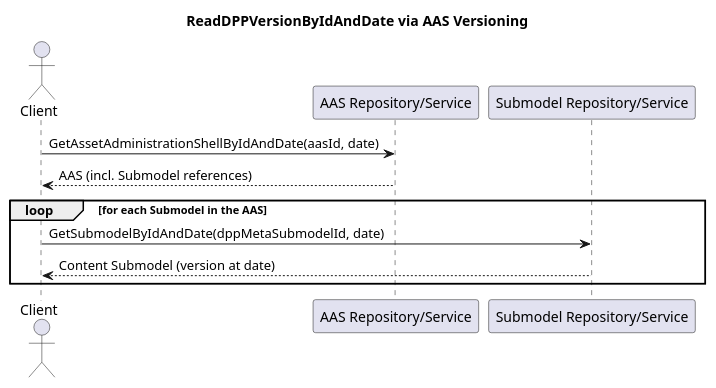
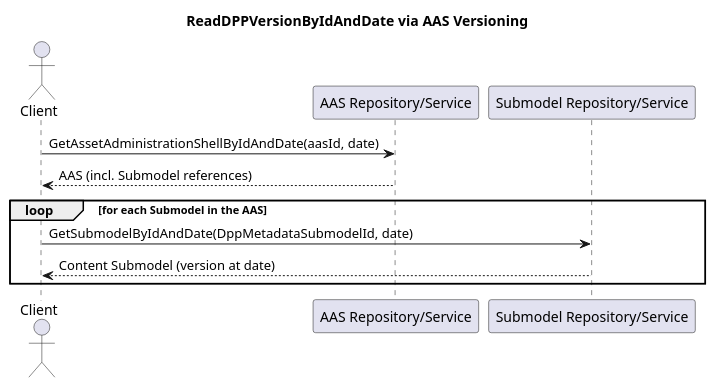
One commit to admin-shell-io/aas-specs-api changed the fourth of 4 diagrams in documentation/IDTA-01002-3/modules/ROOT/pages/annex/dpp.adoc. Above: the diagram before and after it, drawn with PlantUML. The commit also changed other lines of this file and 1 other file, not shown here.

Commit message:
Annex DPP: fix nav.adoc + update text

```diff
--- a/documentation/IDTA-01002-3/modules/ROOT/pages/annex/dpp.adoc
+++ b/documentation/IDTA-01002-3/modules/ROOT/pages/annex/dpp.adoc
@@ -359,16 +386,16 @@
 [plantuml, seq-dpp-versioning, svg]
 ....
 @startuml
 title ReadDPPVersionByIdAndDate via AAS Versioning
 
 actor Client as C
 participant "AAS Repository/Service" as AR
 participant "Submodel Repository/Service" as SR
 C -> AR: GetAssetAdministrationShellByIdAndDate(aasId, date)
 AR --> C: AAS (incl. Submodel references)
 loop for each Submodel in the AAS
-  C -> SR: GetSubmodelByIdAndDate(dppMetaSubmodelId, date)
+  C -> SR: GetSubmodelByIdAndDate(DppMetadataSubmodelId, date)
   SR --> C: Content Submodel (version at date)
 end
 @enduml
 ....
```
